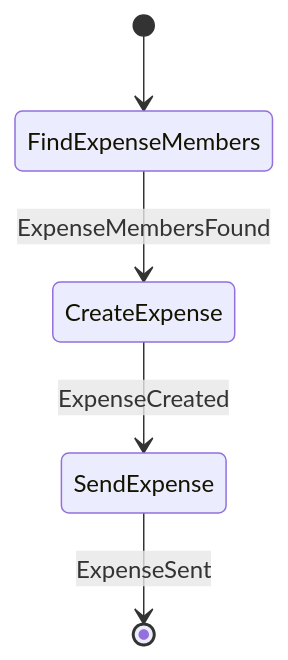
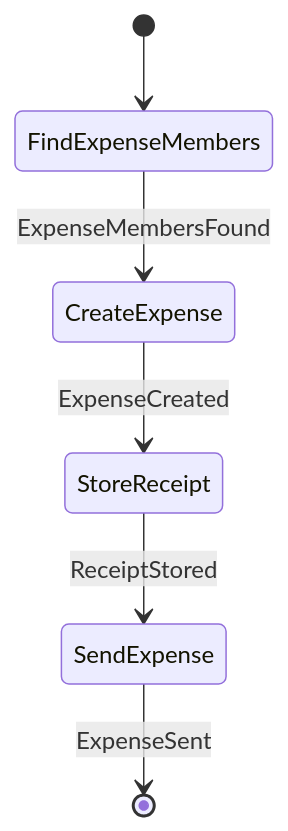
One commit to cbgm/Sparrow changed the second of 14 diagrams in docs/architecture/workflows/groupstate.md. Above: the diagram before and after it, drawn with Mermaid. The commit also changed other lines of this file and 61 other files, not shown here.

Commit message:
Add receipt functionality for close expenses, delete expense and edit expense

````diff
--- a/docs/architecture/workflows/groupstate.md
+++ b/docs/architecture/workflows/groupstate.md
@@ -62,7 +62,8 @@
 ```mermaid
 stateDiagram-v2
     [*] --> FindExpenseMembers
     FindExpenseMembers --> CreateExpense : ExpenseMembersFound
-    CreateExpense --> SendExpense : ExpenseCreated
+    CreateExpense --> StoreReceipt : ExpenseCreated
+    StoreReceipt --> SendExpense : ReceiptStored
     SendExpense --> [*] : ExpenseSent
 ```
````
